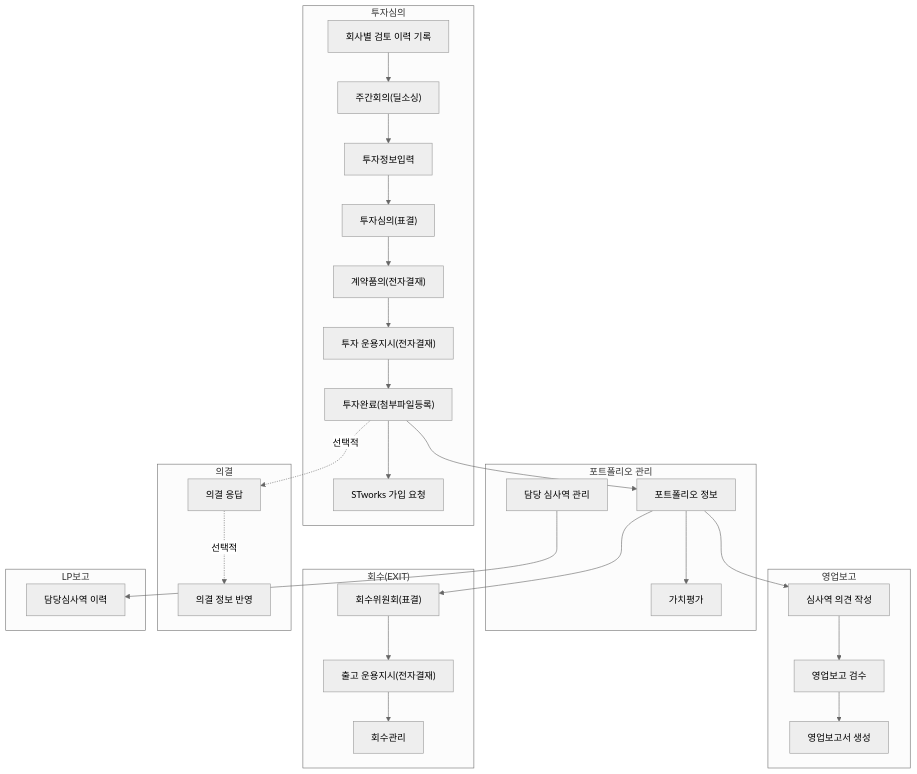
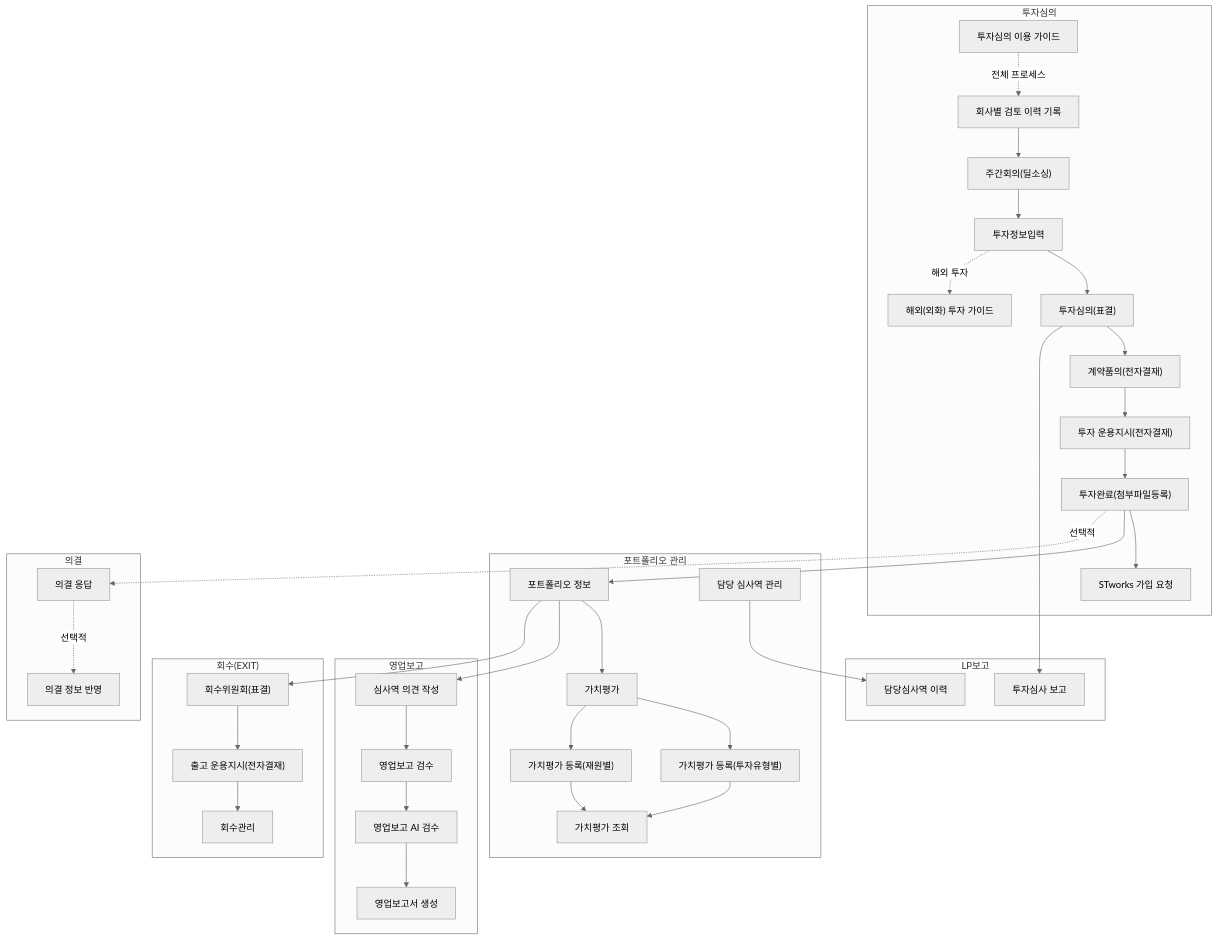
Before and after one commit to ddock-ddock/ddock-ddock.github.io: the diagram in _tabs/associate-start.md, drawn with Mermaid (neutral theme). The commit also changed 1 other file, not shown here.

Commit message:
manager-start·associate-start mermaid 누락 메뉴 보강
## associate-start 확장
- 투자심의: vs_guide(허브), vs_foreign(해외 투자) 추가
- 포트폴리오: pm0301(투자유형별), pm0302(재원별), pm0303(조회) 추가
- 영업보고: br0008(AI 검수) 추가
- LP보고: lp0630(투자심사 보고) 추가

## manager-start 3분할 재구성
메뉴에만 있고 다이어그램에 없던 항목 대거 보강. 단일 mermaid로 유지 시 복잡도 폭증하므로 3개 다이어그램으로 분할.

1. 운영 흐름 (설정→결성→조합 운영→거래원장→영업보고)
   - 설정: se0005, se0003, cm0009, ed0100 추가
   - 결성: pr0011(조합원명부 출력) 추가
   - 조합 운영/관리 subgraph 신설 (fd0029/fd0060/fd0004/fd0100/fd0200)
   - 거래원장: pm0006(전환), pm0008(인수합병) 추가
   - 영업보고: br0008(AI 검수), stworks_invite 추가

2. 회계/재무 흐름 (subgraph 자체 신설)
   - 기초 설정/기장/조회/마감/자금 관리 5단계 subgraph
   - fm0009·fm0005·fm0011·fm0300·fm0002·fm0003·fm0021·fm0015·fm0016·fm0018·fm0017·fm0012·fm0019·fm0008·fm0020·fm0100·my0200 총 17개 노드

3. LP보고 흐름 (기존 lc0101 1개만에서 대폭 확장)
   - 초기 설정/정기 보고/수시 보고/전송 이력 4단계 subgraph
   - lp0001·lp0520·lp0510·lc0101·lp0531·lp0270·lp0310·lp0600·lp0630·lp0635·lp0550·lp0610·lp0590·lp0570·lp0620·lp0681·lc0100 총 17개 노드

````diff
--- a/_tabs/associate-start.md
+++ b/_tabs/associate-start.md
@@ -94,6 +94,7 @@
 ```mermaid
 flowchart TD
  subgraph s1["투자심의"]
+        vs_guide["투자심의 이용 가이드"]
         review_history["회사별 검토 이력 기록"]
         wr0003["주간회의(딜소싱)"]
         vs0003["투자정보입력"]
@@ -102,15 +103,20 @@
         oi0003["투자 운용지시(전자결재)"]
         vs0009["투자완료(첨부파일등록)"]
         stworks_invite["STworks 가입 요청"]
+        vs_foreign["해외(외화) 투자 가이드"]
   end
  subgraph s2["포트폴리오 관리"]
         pm0100["포트폴리오 정보"]
         pm0300["가치평가"]
+        pm0301["가치평가 등록(투자유형별)"]
+        pm0302["가치평가 등록(재원별)"]
+        pm0303["가치평가 조회"]
         vs0031["담당 심사역 관리"]
   end
  subgraph s3["영업보고"]
         br0009["심사역 의견 작성"]
         br0007["영업보고 검수"]
+        br0008["영업보고 AI 검수"]
         br0011["영업보고서 생성"]
   end
  subgraph s4["회수(EXIT)"]
@@ -124,7 +130,9 @@
   end
  subgraph s6["LP보고"]
         lp0600["담당심사역 이력"]
+        lp0630["투자심사 보고"]
   end
+    vs_guide -. 전체 프로세스 .-> review_history
     review_history --> wr0003
     wr0003 --> vs0003
     vs0003 --> vs0006
@@ -132,18 +140,25 @@
     ed0001a --> oi0003
     oi0003 --> vs0009
     vs0009 --> stworks_invite
+    vs0003 -. 해외 투자 .-> vs_foreign
+    vs0006 --> lp0630
     vs0009 --> pm0100
     pm0100 --> pm0300
+    pm0300 --> pm0301 & pm0302
+    pm0301 --> pm0303
+    pm0302 --> pm0303
     pm0100 --> br0009
     pm0100 --> ex0001
     vs0009 -. 선택적 .-> sa0002
     br0009 --> br0007
-    br0007 --> br0011
+    br0007 --> br0008
+    br0008 --> br0011
     ex0001 --> oi0001
     oi0001 --> ex0007
     sa0002 -. 선택적 .-> sa0003
     vs0031 --> lp0600
 
+    click vs_guide "{% post_url 2025-05-22-vs_guide %}"
     click review_history "{% post_url 2026-04-21-review-history %}"
     click wr0003 "{% post_url 2024-07-09-wr0003 %}"
     click vs0003 "{% post_url 2024-07-10-vs0003 %}"
@@ -151,10 +166,15 @@
     click ed0001a "{% post_url 2024-07-12-ed0001a %}"
     click oi0003 "{% post_url 2024-07-13-oi0003 %}"
     click vs0009 "{% post_url 2024-07-14-vs0009 %}"
+    click vs_foreign "{% post_url 2025-09-24-vs_foreign %}"
     click pm0300 "{% post_url 2024-09-01-pm0300 %}"
+    click pm0301 "{% post_url 2024-09-02-pm0301 %}"
+    click pm0302 "{% post_url 2024-09-03-pm0302 %}"
+    click pm0303 "{% post_url 2024-09-04-pm0303 %}"
     click vs0031 "{% post_url 2025-04-03-vs0031 %}"
     click br0009 "{% post_url 2024-08-26-br0009 %}"
     click br0007 "{% post_url 2024-08-25-br0007 %}"
+    click br0008 "{% post_url 2024-08-25-br0008 %}"
     click br0011 "{% post_url 2024-08-27-br0011 %}"
     click stworks_invite "{% post_url 2026-04-21-stworks-invite %}"
     click ex0001 "{% post_url 2024-07-18-ex0001 %}"
@@ -163,5 +183,6 @@
     click sa0002 "{% post_url 2024-09-11-sa0002 %}"
     click sa0003 "{% post_url 2024-09-12-sa0003 %}"
     click lp0600 "{% post_url 2024-11-29-lp0600 %}"
+    click lp0630 "{% post_url 2025-04-02-lp0630 %}"
 
 ```
````
